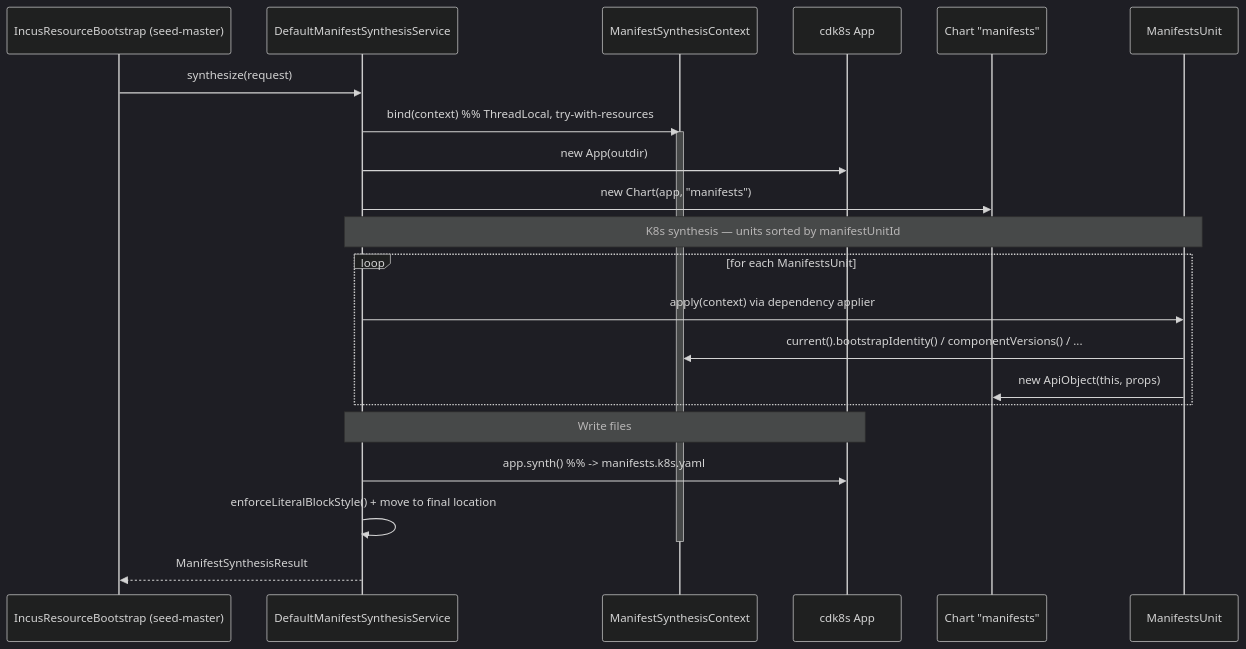
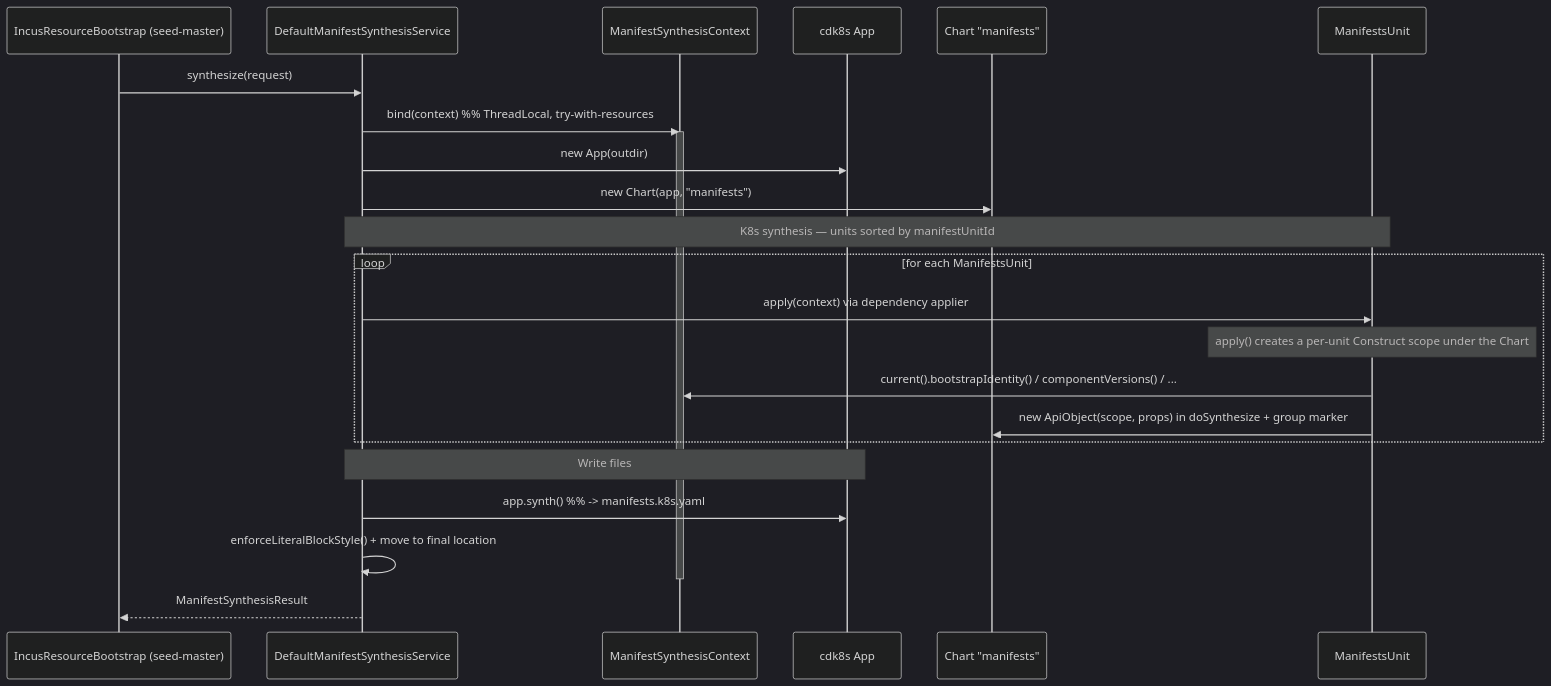
Before and after one commit to nxmatic/rke2lab: the fourth of 6 diagrams in docs/architecture/manifests/manifests-architecture.adoc, drawn with Mermaid (dark theme). The commit also changed other lines of this file and 39 other files, not shown here.

```diff
--- a/docs/architecture/manifests/manifests-architecture.adoc
+++ b/docs/architecture/manifests/manifests-architecture.adoc
@@ -401,29 +401,30 @@
 [mermaid]
 ----
 sequenceDiagram
     participant Boot as IncusResourceBootstrap (seed-master)
     participant Svc as DefaultManifestSynthesisService
     participant Ctx as ManifestSynthesisContext
     participant App as cdk8s App
     participant Chart as Chart "manifests"
     participant Unit as ManifestsUnit
 
     Boot->>Svc: synthesize(request)
     Svc->>Ctx: bind(context)  %% ThreadLocal, try-with-resources
     activate Ctx
     Svc->>App: new App(outdir)
     Svc->>Chart: new Chart(app, "manifests")
 
     Note over Svc,Unit: K8s synthesis — units sorted by manifestUnitId
     loop for each ManifestsUnit
         Svc->>Unit: apply(context) via dependency applier
+        Note over Unit: apply() creates a per-unit Construct scope under the Chart
         Unit->>Ctx: current().bootstrapIdentity() / componentVersions() / ...
-        Unit->>Chart: new ApiObject(this, props)
+        Unit->>Chart: new ApiObject(scope, props) in doSynthesize + group marker
     end
 
     Note over Svc,App: Write files
     Svc->>App: app.synth()  %% -> manifests.k8s.yaml
     Svc->>Svc: enforceLiteralBlockStyle() + move to final location
     deactivate Ctx
     Svc-->>Boot: ManifestSynthesisResult
 ----
```
